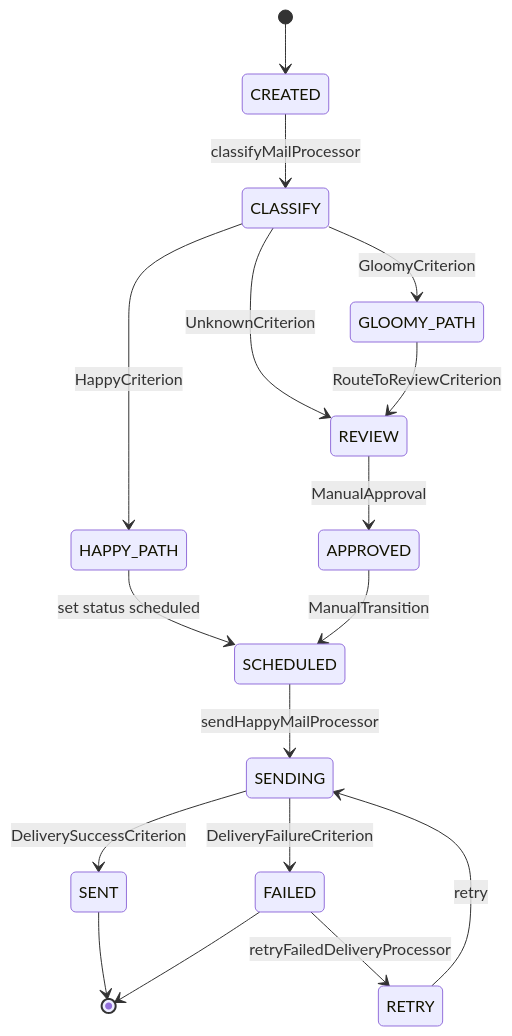
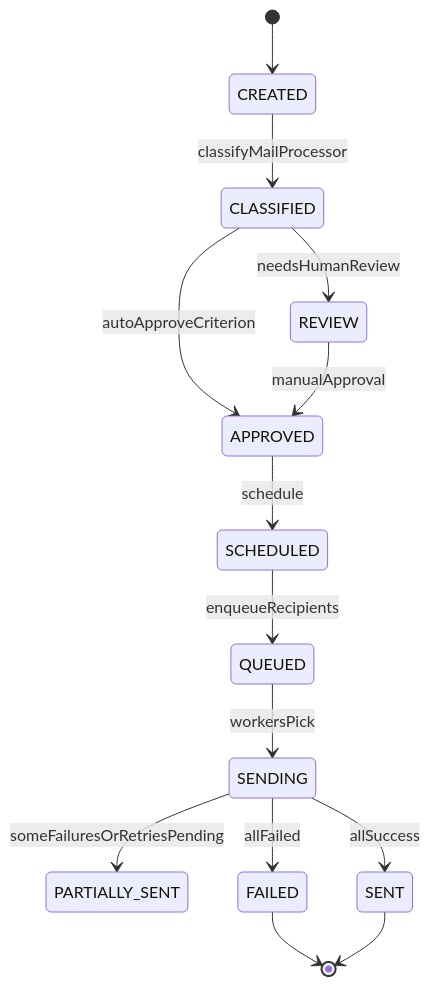
Before and after one commit to Cyoda-platform/java-client-template: the first of 4 diagrams in src/main/java/com/java_template/prototype/functional_requirement.md, drawn with Mermaid. The commit also changed other lines of this file, not shown here.

````diff
--- a/src/main/java/com/java_template/prototype/functional_requirement.md
+++ b/src/main/java/com/java_template/prototype/functional_requirement.md
@@ -41,19 +98,16 @@
 ```mermaid
 stateDiagram-v2
     [*] --> CREATED
-    CREATED --> CLASSIFY : classifyMailProcessor
-    CLASSIFY --> HAPPY_PATH : HappyCriterion
-    CLASSIFY --> GLOOMY_PATH : GloomyCriterion
-    CLASSIFY --> REVIEW : UnknownCriterion
-    HAPPY_PATH --> SCHEDULED : set status scheduled
-    SCHEDULED --> SENDING : sendHappyMailProcessor
-    SENDING --> SENT : DeliverySuccessCriterion
-    SENDING --> FAILED : DeliveryFailureCriterion
-    GLOOMY_PATH --> REVIEW : RouteToReviewCriterion
-    REVIEW --> APPROVED : ManualApproval
-    APPROVED --> SCHEDULED : ManualTransition
-    FAILED --> RETRY : retryFailedDeliveryProcessor
-    RETRY --> SENDING : retry
+    CREATED --> CLASSIFIED : classifyMailProcessor
+    CLASSIFIED --> APPROVED : autoApproveCriterion
+    CLASSIFIED --> REVIEW : needsHumanReview
+    REVIEW --> APPROVED : manualApproval
+    APPROVED --> SCHEDULED : schedule
+    SCHEDULED --> QUEUED : enqueueRecipients
+    QUEUED --> SENDING : workersPick
+    SENDING --> PARTIALLY_SENT : someFailuresOrRetriesPending
+    SENDING --> SENT : allSuccess
+    SENDING --> FAILED : allFailed
+    FAILED --> [*]
     SENT --> [*]
-    FAILED --> [*]
 ```
````
